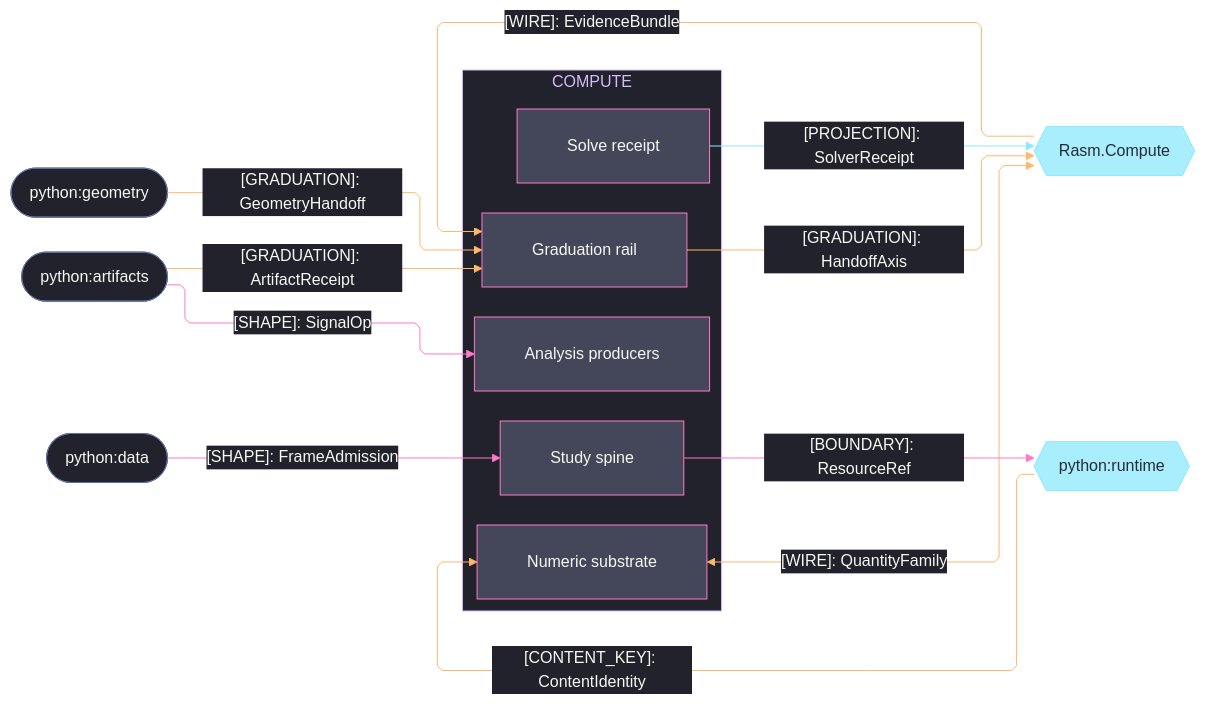
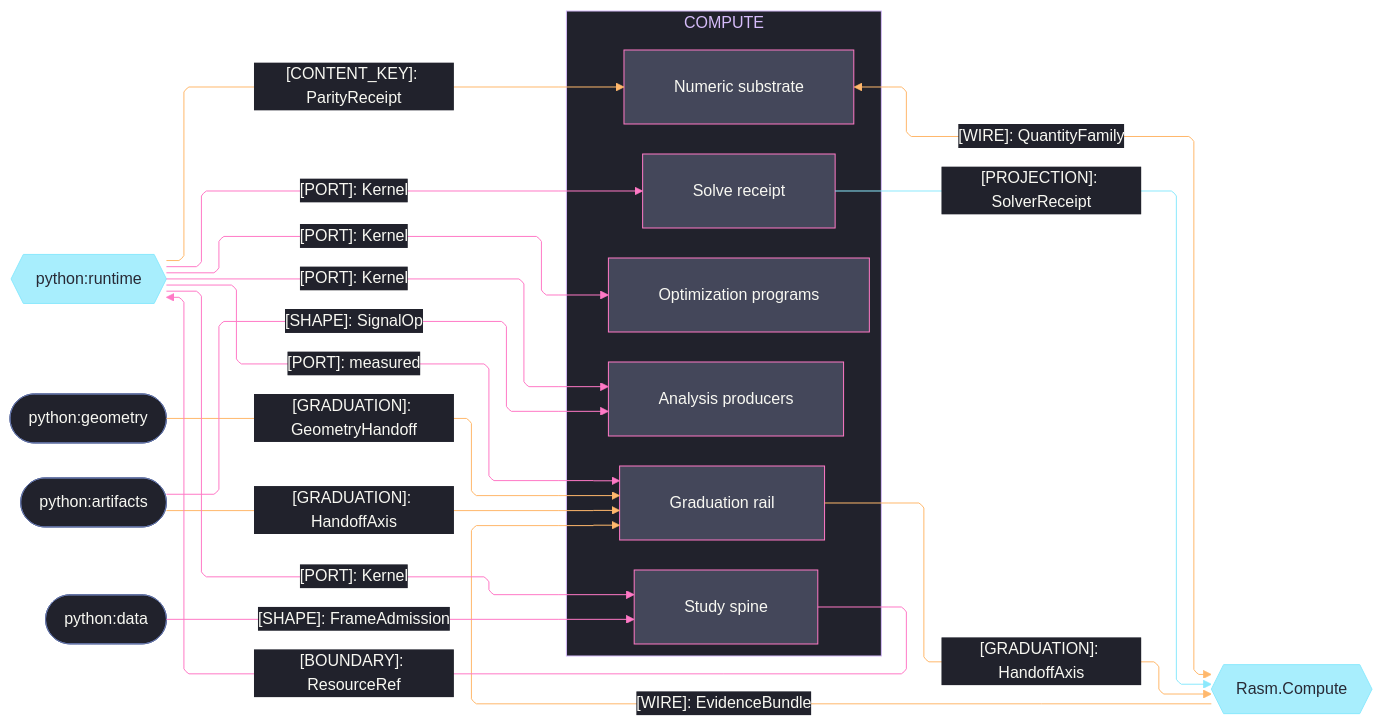
The first of 3 diagrams in libs/python/compute/ARCHITECTURE.md (bsamiee/Rasm), drawn with Mermaid before and after one commit. The commit also changed other lines of this file and 24 other files, not shown here.

Commit message:
architecture: seam registries + codemaps aligned across the estate (worker fabric edges, scene rows, csharp/ts seam mirrors)

````diff
--- a/libs/python/compute/ARCHITECTURE.md
+++ b/libs/python/compute/ARCHITECTURE.md
@@ -45,65 +45,71 @@
 ```mermaid
 ---
 config:
   theme: base
   look: classic
   layout: elk
   flowchart:
     curve: linear
     padding: 25
   themeVariables:
     darkMode: true
     fontFamily: "SF Mono, Menlo, Cascadia Mono, Segoe UI Mono, Consolas, monospace"
     useGradient: false
     dropShadow: "none"
     background: "#282A36"
     primaryColor: "#44475A"
     primaryTextColor: "#F8F8F2"
     primaryBorderColor: "#BD93F9"
     lineColor: "#FF79C6"
     textColor: "#F8F8F2"
     clusterBkg: "#21222C"
     clusterBorder: "#D6BCFA"
     edgeLabelBackground: "#21222C"
     labelBackgroundColor: "#21222C"
     titleColor: "#D6BCFA"
   themeCSS: ".nodeLabel{font-size:13px;font-weight:500}.edgeLabel{font-size:12px;font-weight:500}.cluster-label .nodeLabel{font-size:13.5px;font-weight:700;letter-spacing:.08em}.edge-thickness-normal{stroke-width:2px}.edge-thickness-thick{stroke-width:3px}.edge-pattern-dashed,.edge-pattern-dotted{stroke-width:1.5px;stroke-dasharray:4 6}.node rect,.node circle,.node polygon,.node path,.node .outer-path{stroke-width:1.5px;filter:none!important}.cluster rect{stroke-width:1px!important;stroke-dasharray:5 4!important;filter:none!important}.marker path{transform:scale(.8);transform-origin:5px 5px}.marker circle{transform:scale(.48);transform-origin:5px 5px}.edgeLabel rect{transform-box:fill-box;transform-origin:center;transform:scale(1.1,1.2)}"
 ---
 flowchart LR
     accTitle: Compute package seam registry
-    accDescr: Compute sub-domain owners exchanging graduation evidence, quantities, content keys, and frame shapes with Rasm.Compute and the Python geometry, artifacts, runtime, and data peers, edge rails colored by kind and nodes classed by seam direction.
+    accDescr: Compute sub-domain owners exchanging graduation evidence, quantities, content keys, frame shapes, and the runtime Kernel port with Rasm.Compute and the Python geometry, artifacts, runtime, and data peers, edge rails colored by kind and nodes classed by seam direction.
     subgraph compute[COMPUTE]
         Graduation[Graduation rail]
         Solvers[Solve receipt]
         Numerics[Numeric substrate]
         Experiments[Study spine]
         Analysis[Analysis producers]
+        Optimization[Optimization programs]
     end
     Compute{{Rasm.Compute}}
     Runtime{{python:runtime}}
     Geometry([python:geometry])
     Artifacts([python:artifacts])
     Data([python:data])
     Graduation e1@-->|"[GRADUATION]: HandoffAxis"| Compute
     Compute e2@-->|"[WIRE]: EvidenceBundle"| Graduation
     Solvers e3@-->|"[PROJECTION]: SolverReceipt"| Compute
     Numerics e4@<-->|"[WIRE]: QuantityFamily"| Compute
     Geometry e5@-->|"[GRADUATION]: GeometryHandoff"| Graduation
-    Artifacts e6@-->|"[GRADUATION]: ArtifactReceipt"| Graduation
+    Artifacts e6@-->|"[GRADUATION]: HandoffAxis"| Graduation
     Artifacts e7@-->|"[SHAPE]: SignalOp"| Analysis
-    Runtime e8@-->|"[CONTENT_KEY]: ContentIdentity"| Numerics
+    Runtime e8@-->|"[CONTENT_KEY]: ParityReceipt"| Numerics
     Experiments e9@-->|"[BOUNDARY]: ResourceRef"| Runtime
     Data e10@-->|"[SHAPE]: FrameAdmission"| Experiments
+    Runtime e11@-->|"[PORT]: Kernel"| Solvers
+    Runtime e12@-->|"[PORT]: measured"| Graduation
+    Runtime e13@-->|"[PORT]: Kernel"| Experiments
+    Runtime e14@-->|"[PORT]: Kernel"| Analysis
+    Runtime e15@-->|"[PORT]: Kernel"| Optimization
     classDef primary fill:#44475A,stroke:#FF79C6,color:#F8F8F2
     classDef external fill:#8BE9FDBF,stroke:#8BE9FD,color:#282A36
-    classDef annotation fill:#21222C,stroke:#6272A4,color:#F8F8F2
+    classDef recessed fill:#21222C,stroke:#6272A4,color:#F8F8F2
     classDef edgeData stroke:#FFB86C,color:#F8F8F2
     classDef edgeExternal stroke:#8BE9FD,color:#F8F8F2
     classDef edgeControl stroke:#FF79C6,color:#F8F8F2
-    class Graduation,Solvers,Numerics,Experiments,Analysis primary
+    class Graduation,Solvers,Numerics,Experiments,Analysis,Optimization primary
     class Compute,Runtime external
-    class Geometry,Artifacts,Data annotation
+    class Geometry,Artifacts,Data recessed
     class e1,e2,e4,e5,e6,e8 edgeData
     class e3 edgeExternal
-    class e7,e9,e10 edgeControl
+    class e7,e9,e10,e11,e12,e13,e14,e15 edgeControl
 ```
````
